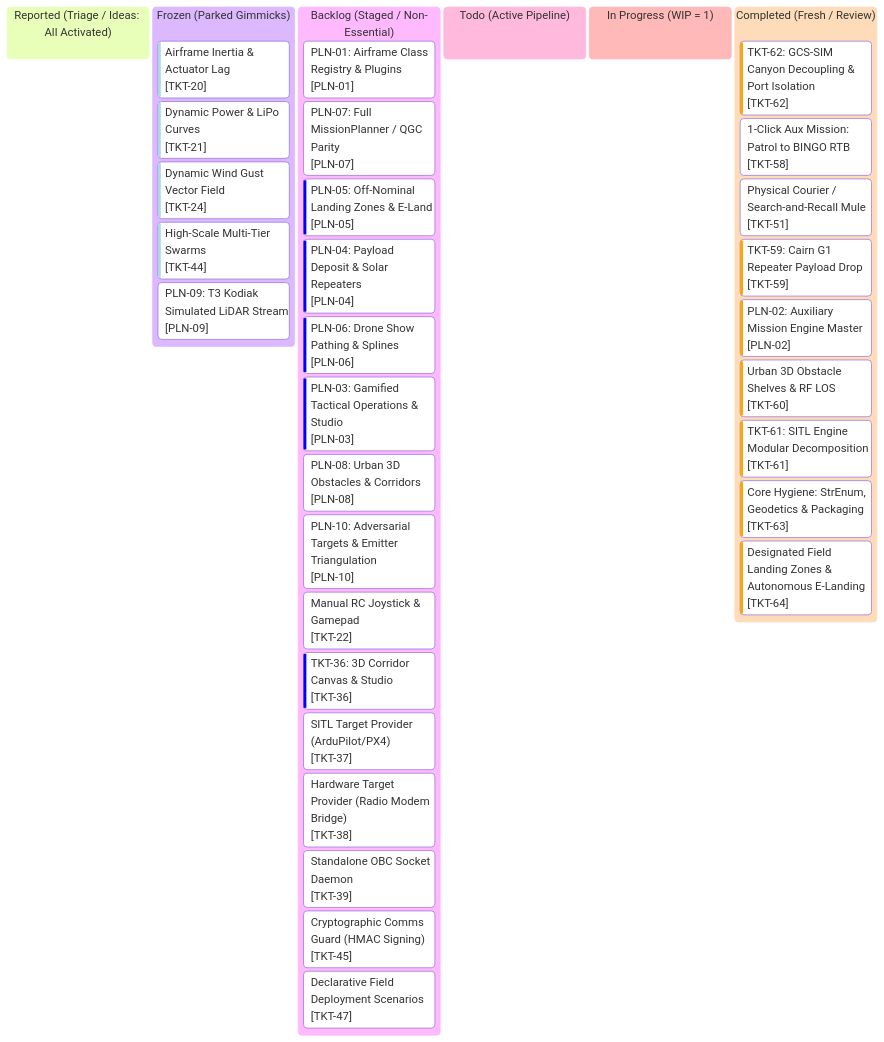
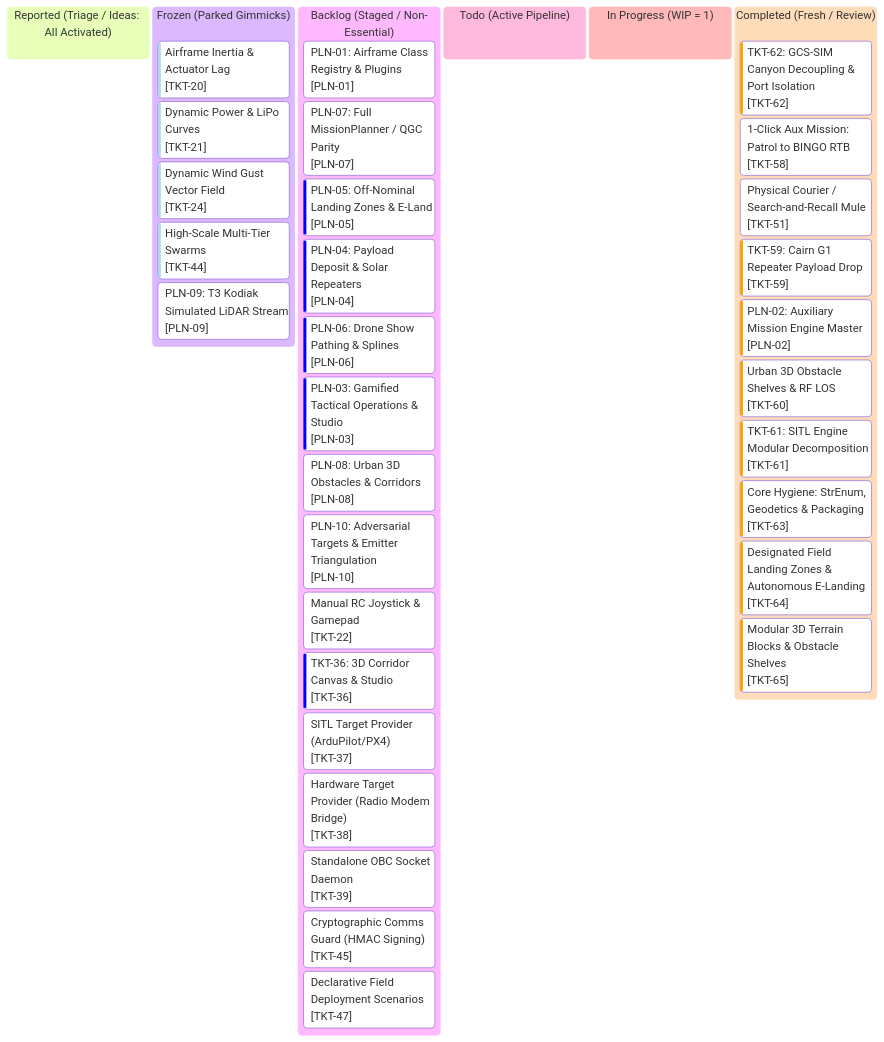
One commit to AlitheiaDeus/AlitheiaHive changed the diagram in roadmap/kanban.md. Above: the diagram before and after it, drawn with Mermaid. The commit also changed other lines of this file and 9 other files, not shown here.

First line of the commit message:
feat(sim): modular 3d terrain blocks and obstacle shelves (TKT-65)

````diff
--- a/roadmap/kanban.md
+++ b/roadmap/kanban.md
@@ -10,58 +10,59 @@
 ```mermaid
 %%{init: {
   'theme': 'base',
   'themeVariables': {
     'primaryColor': '#0d2235',
     'primaryTextColor': '#d4f4ff',
     'primaryBorderColor': '#00f0ff',
     'lineColor': '#00f0ff',
     'background': '#061019',
     'mainBkg': '#0a1926',
     'secondaryColor': '#081420',
     'secondaryTextColor': '#5a7e96',
     'secondaryBorderColor': '#134e6f',
     'tertiaryColor': '#0e263d',
     'tertiaryTextColor': '#00ffaa',
     'tertiaryBorderColor': '#00ffaa',
     'clusterBkg': '#081420',
     'clusterBorder': '#134e6f',
     'fontFamily': "'JetBrains Mono', 'Courier New', monospace"
   }
 }}%%
 kanban
   reported["Reported (Triage / Ideas: All Activated)"]
   frozen["Frozen (Parked Gimmicks)"]
     tkt20["Airframe Inertia & Actuator Lag"]@{ ticket: '[TKT-20]', priority: 'Very Low' }
     tkt21["Dynamic Power & LiPo Curves"]@{ ticket: '[TKT-21]', priority: 'Very Low' }
     tkt24["Dynamic Wind Gust Vector Field"]@{ ticket: '[TKT-24]', priority: 'Very Low' }
     tkt44["High-Scale Multi-Tier Swarms"]@{ ticket: '[TKT-44]', priority: 'Very Low' }
     pln09["PLN-09: T3 Kodiak Simulated LiDAR Stream"]@{ ticket: '[PLN-09]', priority: 'Medium' }
   backlog["Backlog (Staged / Non-Essential)"]
     pln01["PLN-01: Airframe Class Registry & Plugins"]@{ ticket: '[PLN-01]', priority: 'Medium' }
     pln07["PLN-07: Full MissionPlanner / QGC Parity"]@{ ticket: '[PLN-07]', priority: 'Medium' }
     pln05["PLN-05: Off-Nominal Landing Zones & E-Land"]@{ ticket: '[PLN-05]', priority: 'Low' }
     pln04["PLN-04: Payload Deposit & Solar Repeaters"]@{ ticket: '[PLN-04]', priority: 'Low' }
     pln06["PLN-06: Drone Show Pathing & Splines"]@{ ticket: '[PLN-06]', priority: 'Low' }
     pln03["PLN-03: Gamified Tactical Operations & Studio"]@{ ticket: '[PLN-03]', priority: 'Low' }
     pln08["PLN-08: Urban 3D Obstacles & Corridors"]@{ ticket: '[PLN-08]', priority: 'Medium' }
     pln10["PLN-10: Adversarial Targets & Emitter Triangulation"]@{ ticket: '[PLN-10]', priority: 'Medium' }
     tkt22["Manual RC Joystick & Gamepad"]@{ ticket: '[TKT-22]', priority: 'Medium' }
     tkt36["TKT-36: 3D Corridor Canvas & Studio"]@{ ticket: '[TKT-36]', priority: 'Low' }
     tkt37["SITL Target Provider (ArduPilot/PX4)"]@{ ticket: '[TKT-37]', priority: 'Medium' }
     tkt38["Hardware Target Provider (Radio Modem Bridge)"]@{ ticket: '[TKT-38]', priority: 'Medium' }
     tkt39["Standalone OBC Socket Daemon"]@{ ticket: '[TKT-39]', priority: 'Medium' }
     tkt45["Cryptographic Comms Guard (HMAC Signing)"]@{ ticket: '[TKT-45]', priority: 'Medium' }
     tkt47["Declarative Field Deployment Scenarios"]@{ ticket: '[TKT-47]', priority: 'Medium' }
   todo["Todo (Active Pipeline)"]
   in_progress["In Progress (WIP = 1)"]
   completed["Completed (Fresh / Review)"]
     tkt62["TKT-62: GCS-SIM Canyon Decoupling & Port Isolation"]@{ ticket: '[TKT-62]', priority: 'High' }
     tkt58["1-Click Aux Mission: Patrol to BINGO RTB"]@{ ticket: '[TKT-58]', priority: 'Medium' }
     tkt51["Physical Courier / Search-and-Recall Mule"]@{ ticket: '[TKT-51]', priority: 'Medium' }
     tkt59["TKT-59: Cairn G1 Repeater Payload Drop"]@{ ticket: '[TKT-59]', priority: 'High' }
     pln02["PLN-02: Auxiliary Mission Engine Master"]@{ ticket: '[PLN-02]', priority: 'High' }
     tkt60["Urban 3D Obstacle Shelves & RF LOS"]@{ ticket: '[TKT-60]', priority: 'High' }
     tkt61["TKT-61: SITL Engine Modular Decomposition"]@{ ticket: '[TKT-61]', priority: 'High' }
     tkt63["Core Hygiene: StrEnum, Geodetics & Packaging"]@{ ticket: '[TKT-63]', priority: 'High' }
     tkt64["Designated Field Landing Zones & Autonomous E-Landing"]@{ ticket: '[TKT-64]', priority: 'High' }
+    tkt65["Modular 3D Terrain Blocks & Obstacle Shelves"]@{ ticket: '[TKT-65]', priority: 'High' }
 ```
````
